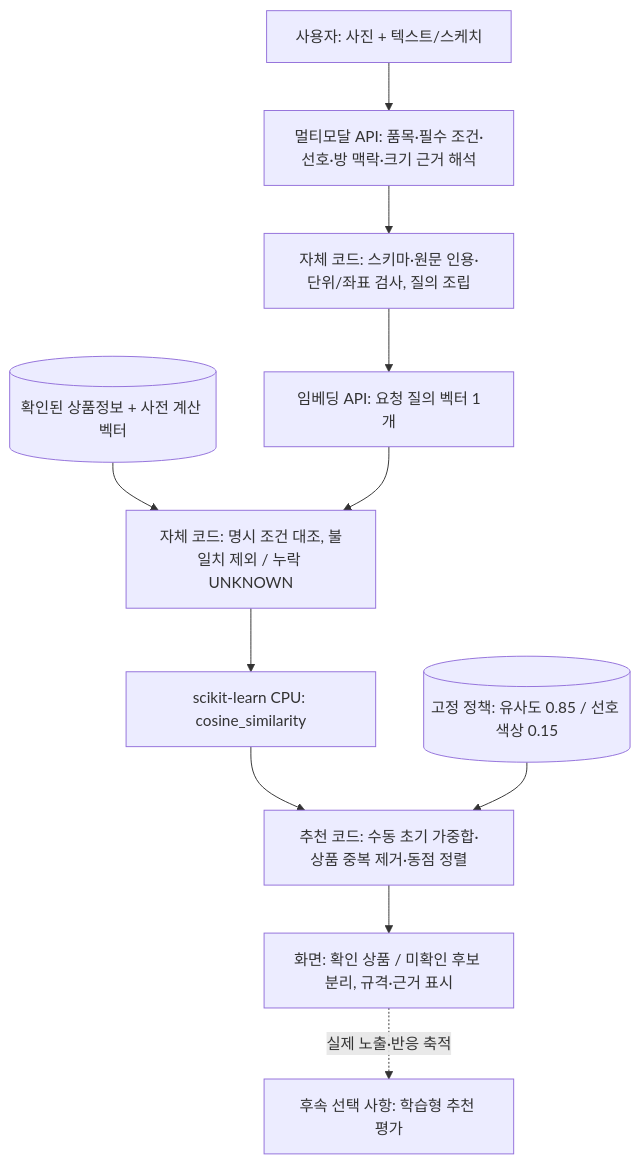
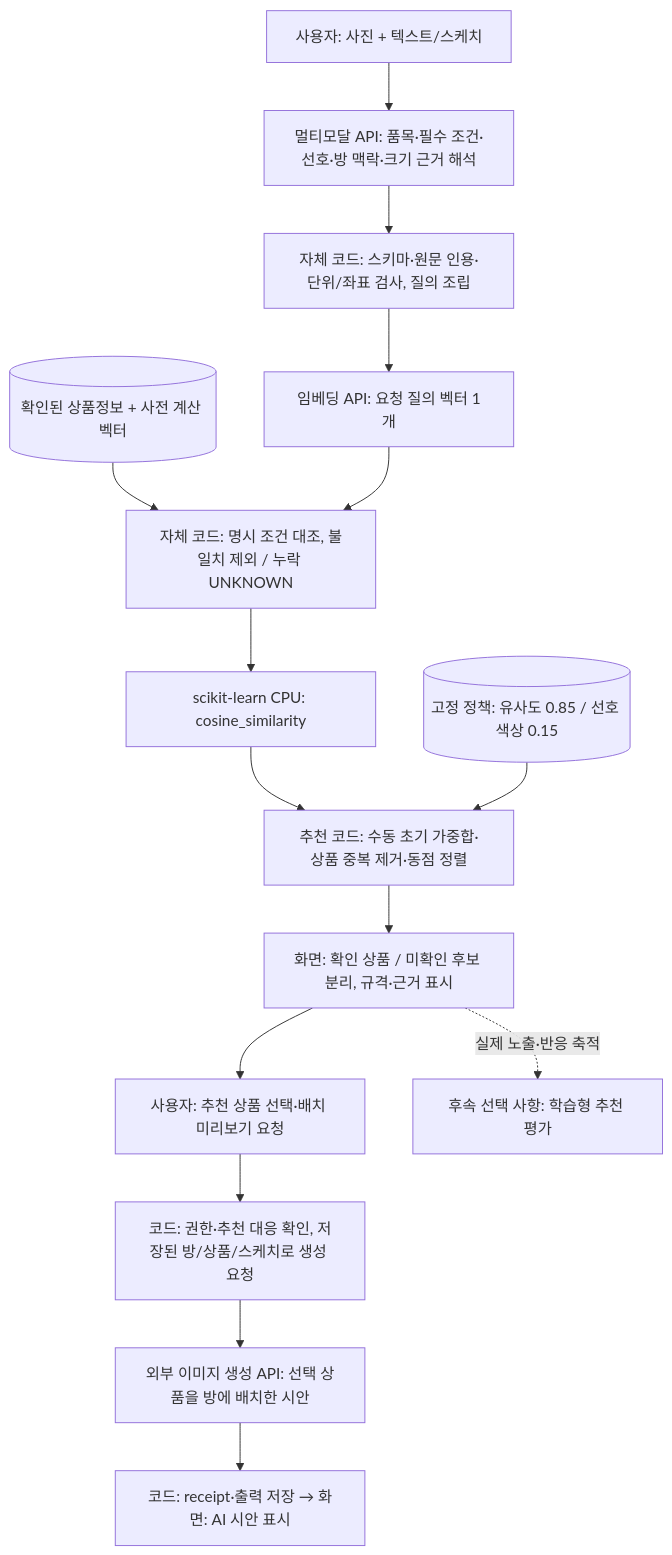
The first of 2 diagrams in docs/design/12-direct-recommendation.md (encore-ai-campus/mlo-01-p3-team3), drawn with Mermaid before and after one commit. The commit also changed other lines of this file and 46 other files, not shown here.

````diff
--- a/docs/design/12-direct-recommendation.md
+++ b/docs/design/12-direct-recommendation.md
@@ -21,13 +23,17 @@
 ```mermaid
 flowchart TD
     U["사용자: 사진 + 텍스트/스케치"] --> M["멀티모달 API: 품목·필수 조건·선호·방 맥락·크기 근거 해석"]
     M --> C["자체 코드: 스키마·원문 인용·단위/좌표 검사, 질의 조립"]
     C --> E["임베딩 API: 요청 질의 벡터 1개"]
     P[("확인된 상품정보 + 사전 계산 벡터")] --> F
     E --> F["자체 코드: 명시 조건 대조, 불일치 제외 / 누락 UNKNOWN"]
     F --> S["scikit-learn CPU: cosine_similarity"]
     S --> R["추천 코드: 수동 초기 가중합·상품 중복 제거·동점 정렬"]
     W[("고정 정책: 유사도 0.85 / 선호 색상 0.15")] --> R
     R --> V["화면: 확인 상품 / 미확인 후보 분리, 규격·근거 표시"]
+    V --> Select["사용자: 추천 상품 선택·배치 미리보기 요청"]
+    Select --> G["코드: 권한·추천 대응 확인, 저장된 방/상품/스케치로 생성 요청"]
+    G --> API["외부 이미지 생성 API: 선택 상품을 방에 배치한 시안"]
+    API --> Preview["코드: receipt·출력 저장 → 화면: AI 시안 표시"]
     V -. "실제 노출·반응 축적" .-> L["후속 선택 사항: 학습형 추천 평가"]
 ```
````
